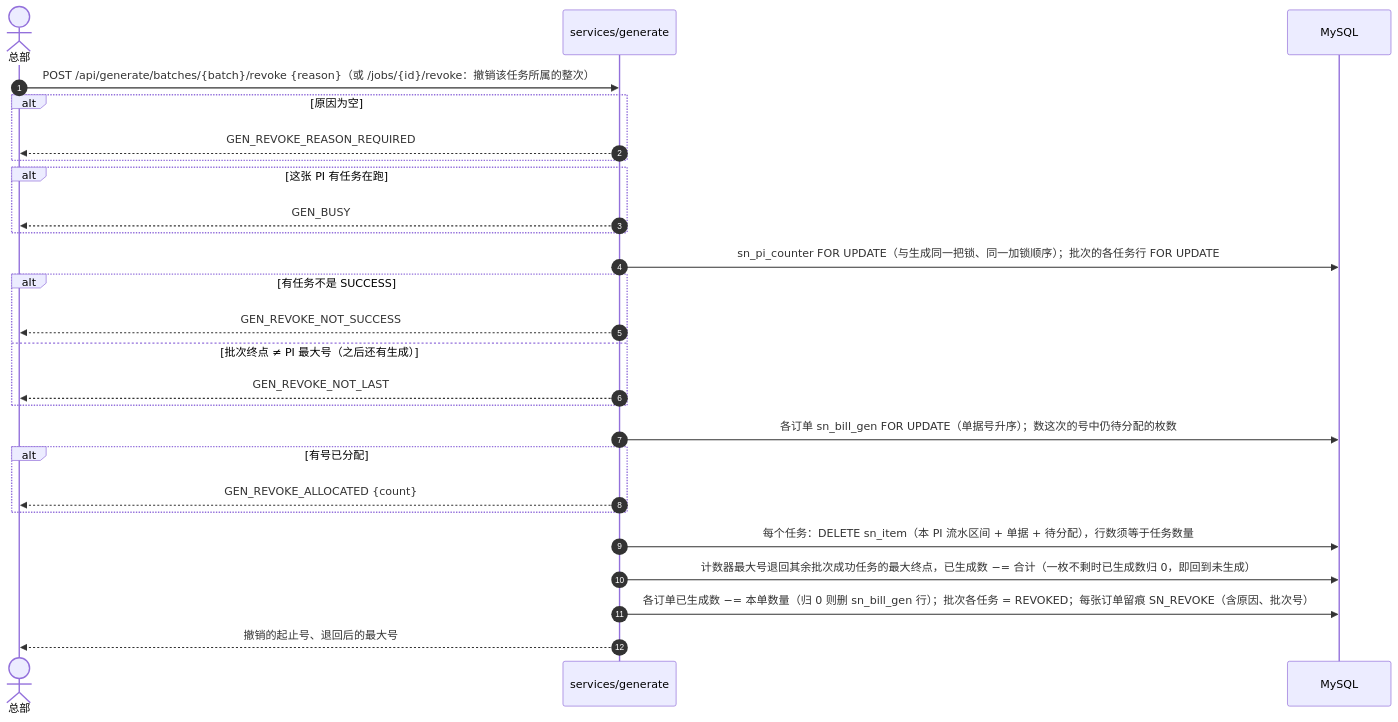
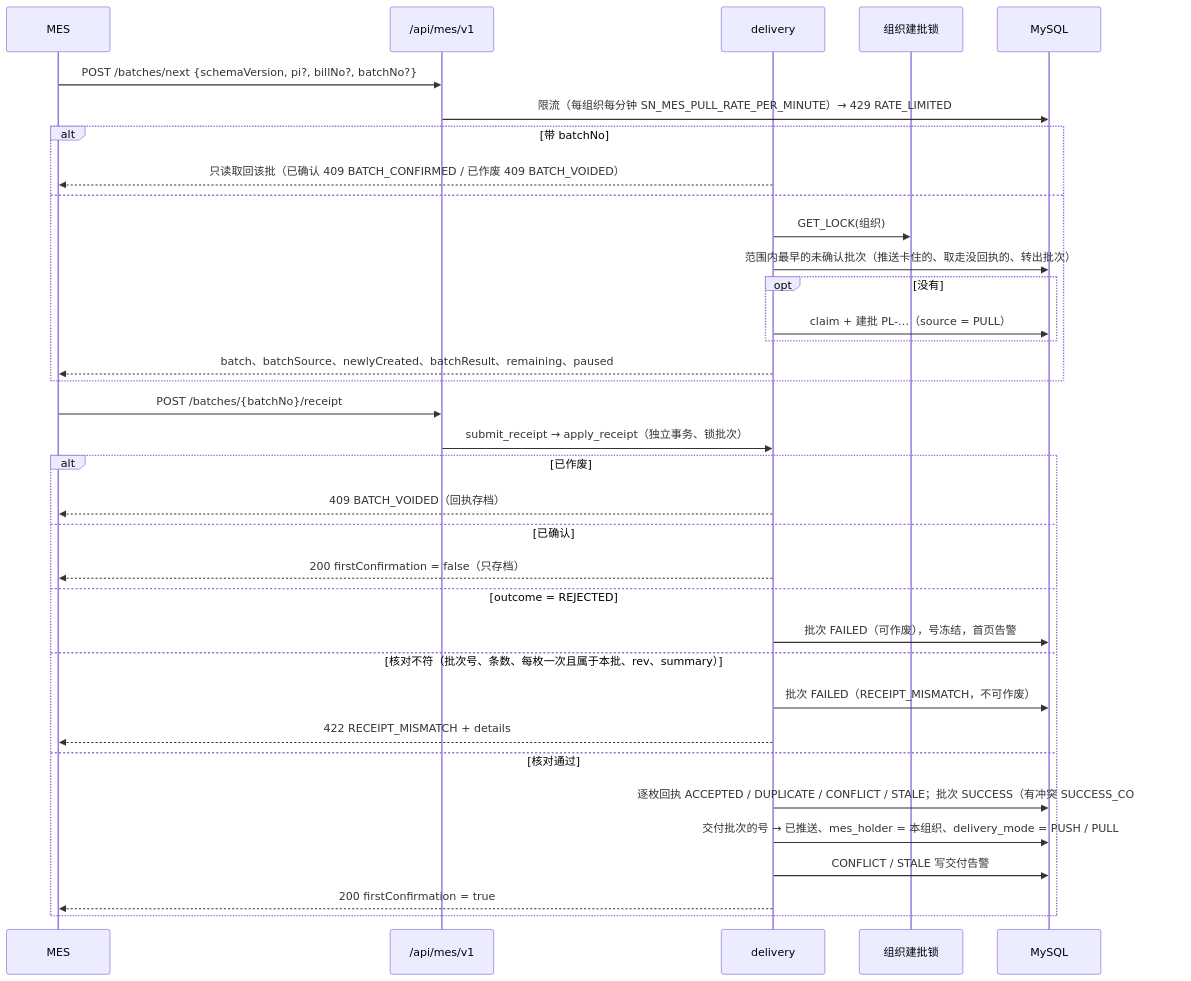
Before and after one commit to Createsnow/sn-center: the tenth of 14 diagrams in docs/技术文档.md, drawn with Mermaid. The commit also changed other lines of this file and 83 other files, not shown here.

````diff
--- a/docs/技术文档.md
+++ b/docs/技术文档.md
@@ -333,28 +417,37 @@
 ```mermaid
 sequenceDiagram
-    autonumber
-    actor H as 总部
-    participant G as services/generate
+    participant MES as MES
+    participant API as /api/mes/v1
+    participant D as delivery
+    participant L as 组织建批锁
     participant DB as MySQL
-    H->>G: POST /api/generate/batches/{batch}/revoke {reason}（或 /jobs/{id}/revoke：撤销该任务所属的整次）
-    alt 原因为空
-        G-->>H: GEN_REVOKE_REASON_REQUIRED
+    MES->>API: POST /batches/next {schemaVersion, pi?, billNo?, batchNo?}
+    API->>DB: 限流（每组织每分钟 SN_MES_PULL_RATE_PER_MINUTE）→ 429 RATE_LIMITED
+    alt 带 batchNo
+        D-->>MES: 只读取回该批（已确认 409 BATCH_CONFIRMED / 已作废 409 BATCH_VOIDED）
+    else
+        D->>L: GET_LOCK(组织)
+        D->>DB: 范围内最早的未确认批次（推送卡住的、取走没回执的、转出批次）
+        opt 没有
+            D->>DB: claim + 建批 PL-…（source = PULL）
+        end
+        D-->>MES: batch、batchSource、newlyCreated、batchResult、remaining、paused
     end
-    alt 这张 PI 有任务在跑
-        G-->>H: GEN_BUSY
+    MES->>API: POST /batches/{batchNo}/receipt
+    API->>D: submit_receipt → apply_receipt（独立事务、锁批次）
+    alt 已作废
+        D-->>MES: 409 BATCH_VOIDED（回执存档）
+    else 已确认
+        D-->>MES: 200 firstConfirmation = false（只存档）
+    else outcome = REJECTED
+        D->>DB: 批次 FAILED（可作废），号冻结，首页告警
+    else 核对不符（批次号、条数、每枚一次且属于本批、rev、summary）
+        D->>DB: 批次 FAILED（RECEIPT_MISMATCH，不可作废）
+        D-->>MES: 422 RECEIPT_MISMATCH + details
+    else 核对通过
+        D->>DB: 逐枚回执 ACCEPTED / DUPLICATE / CONFLICT / STALE；批次 SUCCESS（有冲突 SUCCESS_CONFLICT）
+        D->>DB: 交付批次的号 → 已推送、mes_holder = 本组织、delivery_mode = PUSH / PULL
+        D->>DB: CONFLICT / STALE 写交付告警
+        D-->>MES: 200 firstConfirmation = true
     end
-    G->>DB: sn_pi_counter FOR UPDATE（与生成同一把锁、同一加锁顺序）；批次的各任务行 FOR UPDATE
-    alt 有任务不是 SUCCESS
-        G-->>H: GEN_REVOKE_NOT_SUCCESS
-    else 批次终点 ≠ PI 最大号（之后还有生成）
-        G-->>H: GEN_REVOKE_NOT_LAST
-    end
-    G->>DB: 各订单 sn_bill_gen FOR UPDATE（单据号升序）；数这次的号中仍待分配的枚数
-    alt 有号已分配
-        G-->>H: GEN_REVOKE_ALLOCATED {count}
-    end
-    G->>DB: 每个任务：DELETE sn_item（本 PI 流水区间 + 单据 + 待分配），行数须等于任务数量
-    G->>DB: 计数器最大号退回其余批次成功任务的最大终点，已生成数 −= 合计（一枚不剩时已生成数归 0，即回到未生成）
-    G->>DB: 各订单已生成数 −= 本单数量（归 0 则删 sn_bill_gen 行）；批次各任务 = REVOKED；每张订单留痕 SN_REVOKE（含原因、批次号）
-    G-->>H: 撤销的起止号、退回后的最大号
 ```
````
